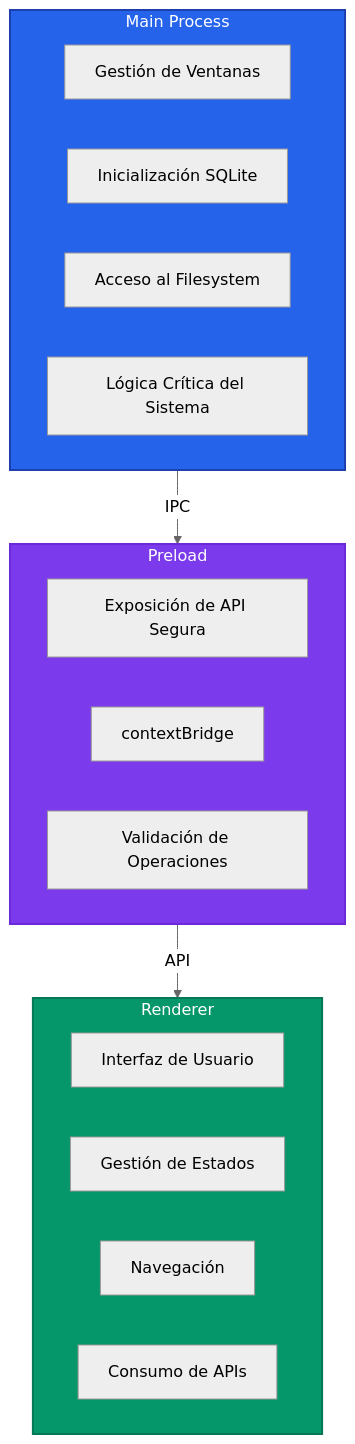
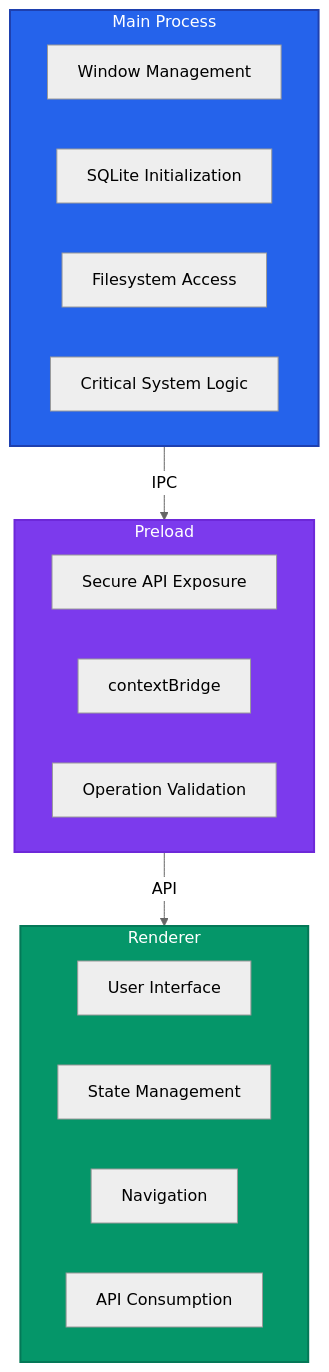
Before and after one commit to MohamedMusthaque/CeroCloud-Desktop: the third of 8 diagrams in docs/ARCHITECTURE.md, drawn with Mermaid (neutral theme). The commit also changed other lines of this file and 17 other files, not shown here.

````diff
--- a/docs/ARCHITECTURE.md
+++ b/docs/ARCHITECTURE.md
@@ -78,29 +78,29 @@
 ```mermaid
 graph TD
     subgraph Main["Main Process"]
-        M1[Gestión de Ventanas]
-        M2[Inicialización SQLite]
-        M3[Acceso al Filesystem]
-        M4[Lógica Crítica del Sistema]
+        M1[Window Management]
+        M2[SQLite Initialization]
+        M3[Filesystem Access]
+        M4[Critical System Logic]
     end
     
     subgraph Preload["Preload"]
-        P1[Exposición de API Segura]
+        P1[Secure API Exposure]
         P2[contextBridge]
-        P3[Validación de Operaciones]
+        P3[Operation Validation]
     end
     
     subgraph Renderer["Renderer"]
-        R1[Interfaz de Usuario]
-        R2[Gestión de Estados]
-        R3[Navegación]
-        R4[Consumo de APIs]
+        R1[User Interface]
+        R2[State Management]
+        R3[Navigation]
+        R4[API Consumption]
     end
     
     Main -->|IPC| Preload
     Preload -->|API| Renderer
     
     style Main fill:#2563eb,stroke:#1e40af,stroke-width:2px,color:#fff
     style Preload fill:#7c3aed,stroke:#6d28d9,stroke-width:2px,color:#fff
     style Renderer fill:#059669,stroke:#047857,stroke-width:2px,color:#fff
 ```
````
